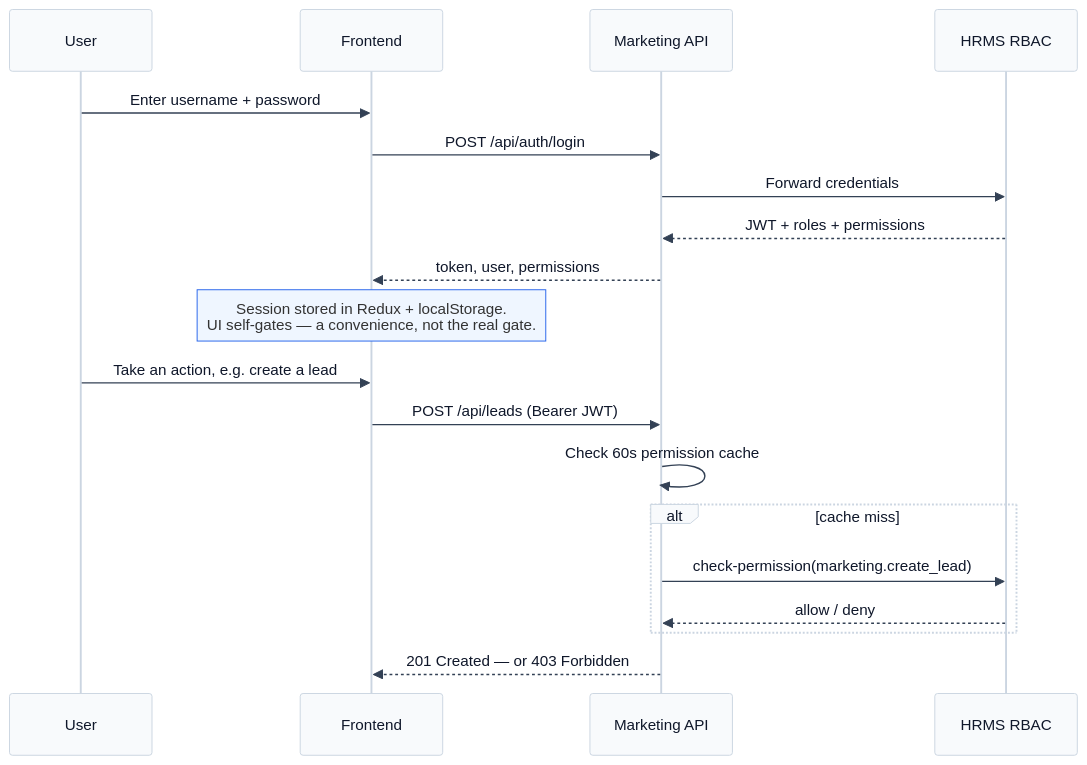
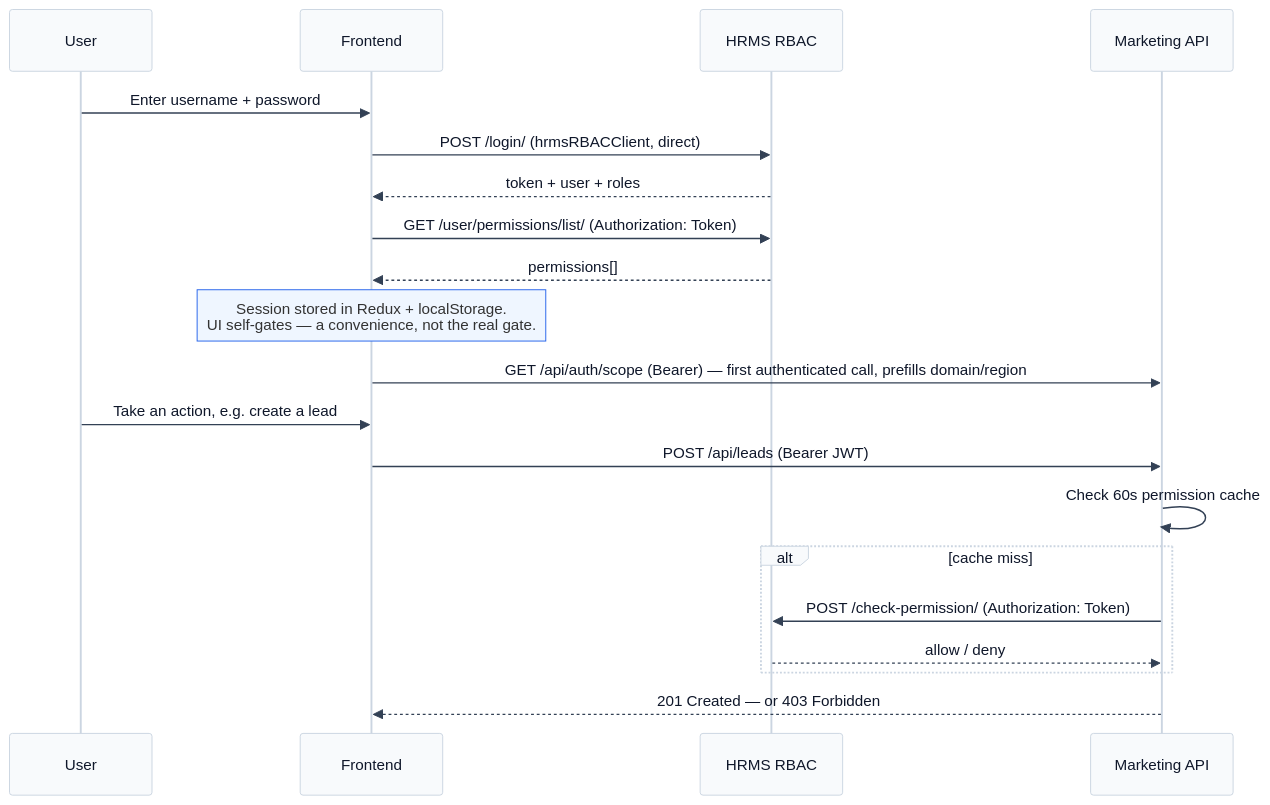
Before and after one commit to Beforth/au-marketing-fe: the third of 5 diagrams in docs/ARCHITECTURE.md, drawn with Mermaid. The commit also changed other lines of this file and 4 other files, not shown here.

````diff
--- a/docs/ARCHITECTURE.md
+++ b/docs/ARCHITECTURE.md
@@ -141,29 +139,30 @@
 ```mermaid
 %%{init: {'theme':'base', 'themeVariables': {
   'primaryColor':'#eff6ff','primaryTextColor':'#0f172a','primaryBorderColor':'#2563eb',
   'lineColor':'#334155','actorBkg':'#f8fafc','actorBorder':'#cbd5e1','actorTextColor':'#0f172a',
   'signalColor':'#334155','signalTextColor':'#0f172a','fontFamily':'ui-sans-serif, sans-serif','fontSize':'14px',
   'noteBkgColor':'#eff6ff','noteBorderColor':'#2563eb'
 }}}%%
 sequenceDiagram
     participant U as User
     participant FE as Frontend
+    participant HRMS as HRMS RBAC
     participant API as Marketing API
-    participant HRMS as HRMS RBAC
 
     U->>FE: Enter username + password
-    FE->>API: POST /api/auth/login
-    API->>HRMS: Forward credentials
-    HRMS-->>API: JWT + roles + permissions
-    API-->>FE: token, user, permissions
+    FE->>HRMS: POST /login/ (hrmsRBACClient, direct)
+    HRMS-->>FE: token + user + roles
+    FE->>HRMS: GET /user/permissions/list/ (Authorization: Token)
+    HRMS-->>FE: permissions[]
     Note over FE: Session stored in Redux + localStorage.<br/>UI self-gates — a convenience, not the real gate.
+    FE->>API: GET /api/auth/scope (Bearer) — first authenticated call, prefills domain/region
 
     U->>FE: Take an action, e.g. create a lead
     FE->>API: POST /api/leads (Bearer JWT)
     API->>API: Check 60s permission cache
     alt cache miss
-        API->>HRMS: check-permission(marketing.create_lead)
+        API->>HRMS: POST /check-permission/ (Authorization: Token)
         HRMS-->>API: allow / deny
     end
     API-->>FE: 201 Created — or 403 Forbidden
 ```
````
